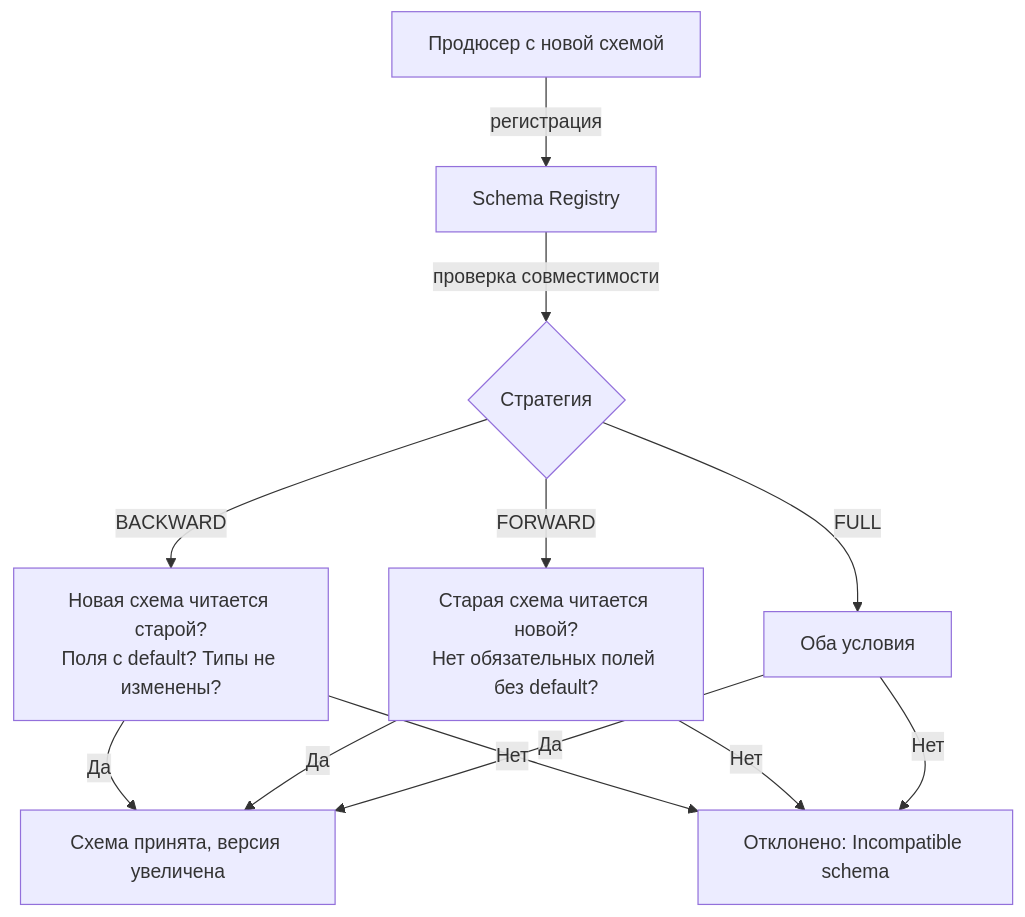
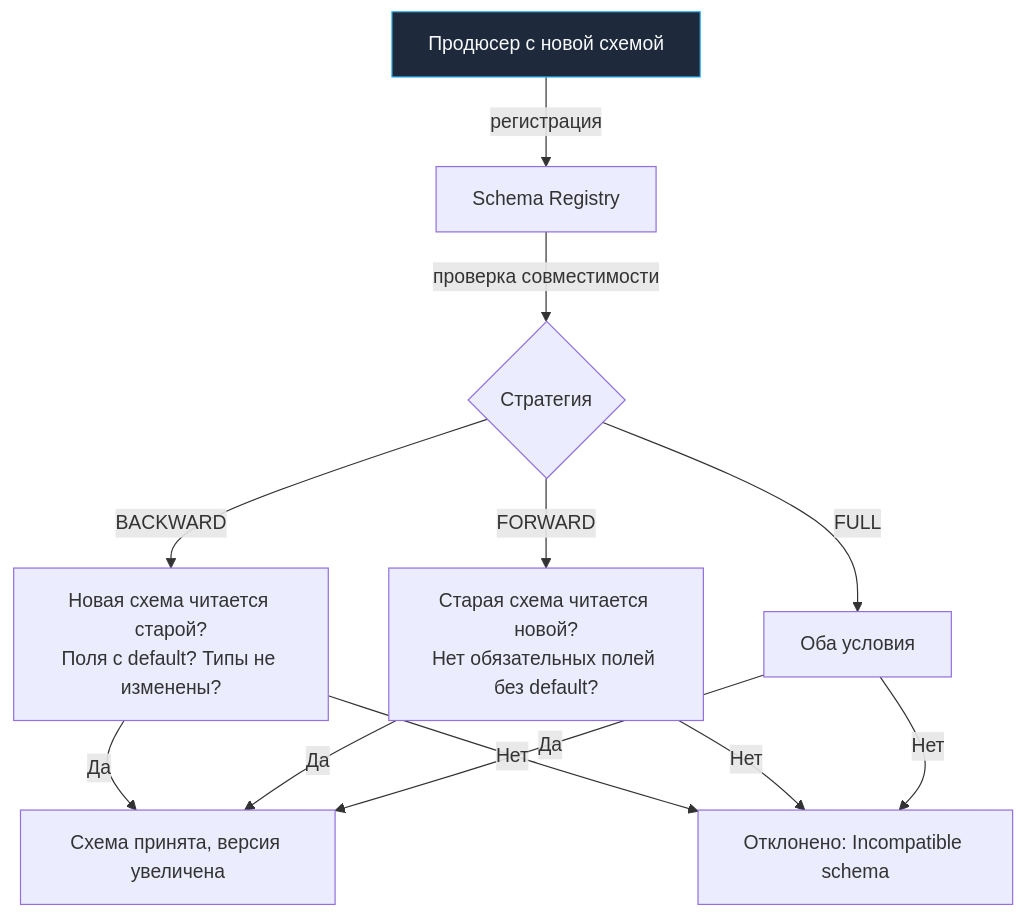
Before and after one commit to UnrealTemplier/go-textbook: the fourth of 4 diagrams in sources/13. Очереди, брокеры сообщений и оркестраторы/03. Kafka/11. Schema Registry и эволюция схем.md, drawn with Mermaid. The commit also changed other lines of this file and 1666 other files, not shown here.

First line of the commit message:
feat(mermaid): add semantic color classDef to 1369 colorless flowchart/graph diagrams

````diff
--- a/sources/13. Очереди, брокеры сообщений и оркестраторы/03. Kafka/11. Schema Registry и эволюция схем.md
+++ b/sources/13. Очереди, брокеры сообщений и оркестраторы/03. Kafka/11. Schema Registry и эволюция схем.md
@@ -186,14 +206,24 @@
 ```mermaid
 flowchart TD
-    P["Продюсер с новой схемой"] -->|"регистрация"| SR["Schema Registry"]
+    classDef process  fill:#1e293b,stroke:#38bdf8,stroke-width:1px,color:#f8fafc
+    classDef success  fill:#064e3b,stroke:#34d399,stroke-width:1px,color:#f8fafc
+    classDef error    fill:#7f1d1d,stroke:#f87171,stroke-width:1px,color:#f8fafc
+    classDef warning  fill:#78350f,stroke:#fbbf24,stroke-width:1px,color:#f8fafc
+    classDef entry    fill:#1e3a5f,stroke:#38bdf8,stroke-width:2px,color:#f8fafc
+    classDef aux      fill:#334155,stroke:#64748b,stroke-width:1px,color:#f8fafc
+    classDef system   fill:#312e81,stroke:#a78bfa,stroke-width:1px,color:#f8fafc
+    classDef data     fill:#132d29,stroke:#2dd4bf,stroke-width:1px,color:#f8fafc
+    classDef network  fill:#881337,stroke:#fb7185,stroke-width:1px,color:#f8fafc
+    classDef accent   fill:#1e1b4b,stroke:#818cf8,stroke-width:1px,color:#f8fafc
+    P["Продюсер с новой схемой"]:::process -->|"регистрация"| SR["Schema Registry"]
     SR -->|"проверка совместимости"| COMPAT{Стратегия}
     COMPAT -->|"BACKWARD"| BW["Новая схема читается старой?<br>Поля с default? Типы не изменены?"]
     COMPAT -->|"FORWARD"| FW["Старая схема читается новой?<br>Нет обязательных полей без default?"]
     COMPAT -->|"FULL"| FL["Оба условия"]
     BW -->|"Да"| OK["Схема принята, версия увеличена"]
     BW -->|"Нет"| REJ["Отклонено: Incompatible schema"]
     FW -->|"Да"| OK
     FW -->|"Нет"| REJ
     FL -->|"Да"| OK
     FL -->|"Нет"| REJ
 ```
````
